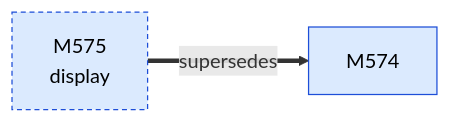
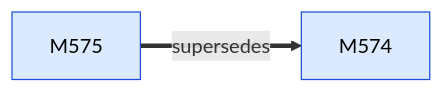
Before and after one commit to D-Ogi/amdgpu-wddm: the first of 2 diagrams in docs/facts/graphs/d3d.md, drawn with Mermaid. The commit also changed other lines of this file and 27 other files, not shown here.

````diff
--- a/docs/facts/graphs/d3d.md
+++ b/docs/facts/graphs/d3d.md
@@ -11,12 +11,11 @@
 ```mermaid
 flowchart LR
   M574["M574"]:::MEASURED
-  M575["M575<br/>display"]:::MEASURED
+  M575["M575"]:::MEASURED
   M575 ==>|supersedes| M574
   classDef HYPOTHESIS fill:#fff3c4,stroke:#9a7b00,color:#000
   classDef MEASURED fill:#dbeafe,stroke:#1d4ed8,color:#000
   classDef CONFIRMED fill:#d1fae5,stroke:#047857,color:#000
   classDef REFUTED fill:#fee2e2,stroke:#b91c1c,color:#000
   classDef other stroke-dasharray:4 3
-  class M575 other
 ```
````
